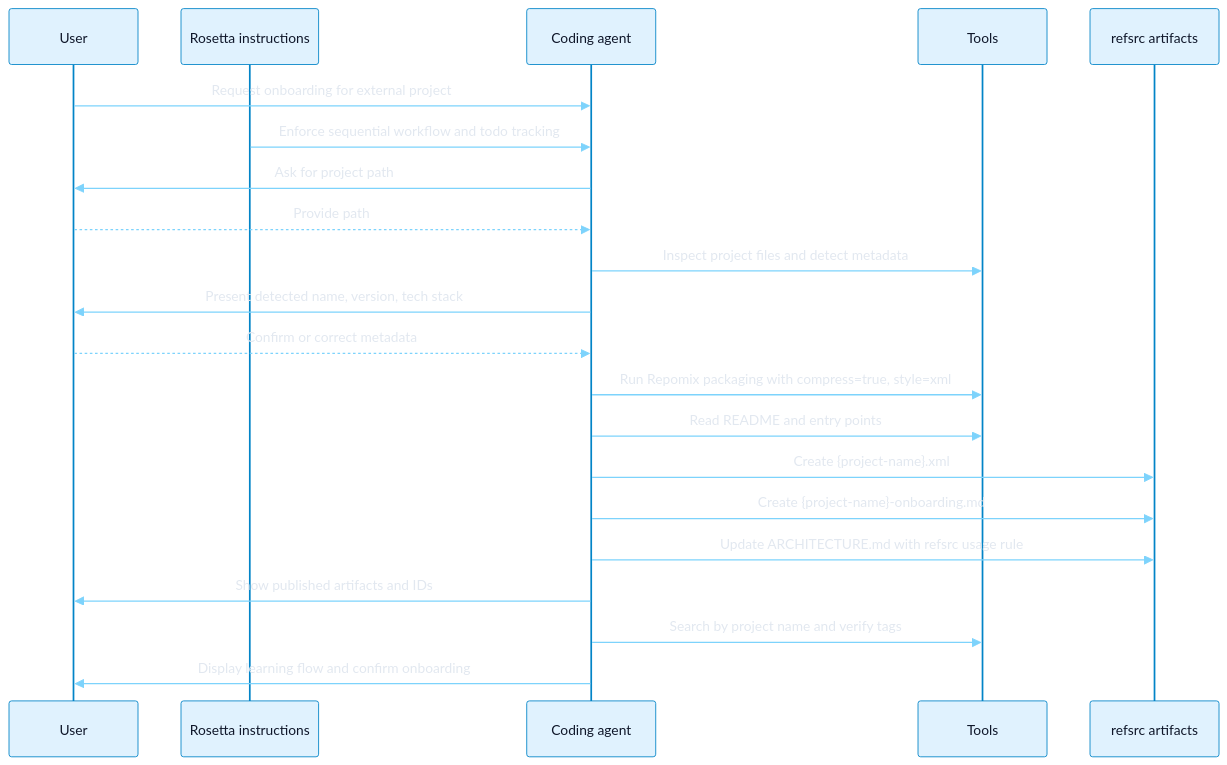
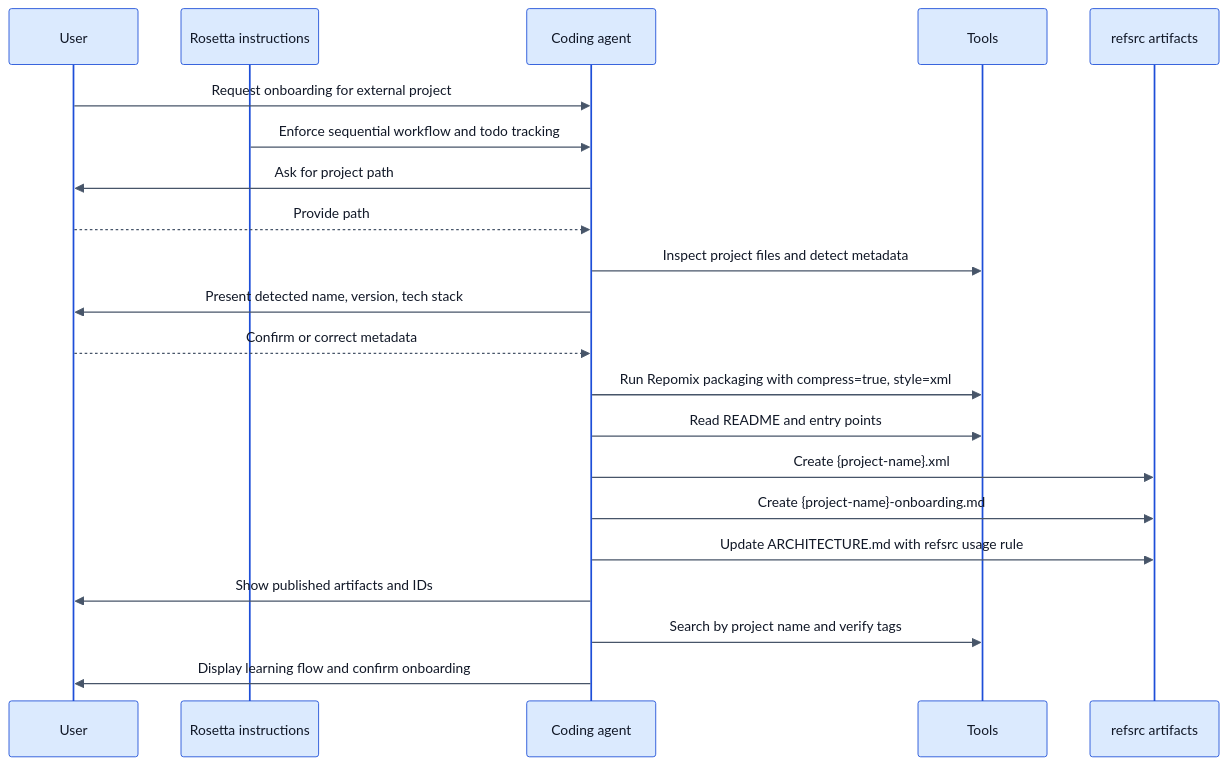
One commit to heywood8/rosetta changed the second of 2 diagrams in docs/web/docs/external-lib-flow.md. Above: the diagram before and after it, drawn with Mermaid. The commit also changed other lines of this file and 13 other files, not shown here.

````diff
--- a/docs/web/docs/external-lib-flow.md
+++ b/docs/web/docs/external-lib-flow.md
@@ -122,42 +124,43 @@
 ```mermaid
 %%{init: {'theme':'base','themeVariables':{
-  'background':'#0f172a',
-  'primaryColor':'#e0f2fe',
-  'primaryTextColor':'#0f172a',
-  'primaryBorderColor':'#0284c7',
-  'lineColor':'#7dd3fc',
-  'actorBorder':'#0284c7',
-  'actorBkg':'#e0f2fe',
-  'actorTextColor':'#0f172a',
-  'signalColor':'#7dd3fc',
-  'signalTextColor':'#e2e8f0',
-  'labelBoxBkgColor':'#dcfce7',
-  'labelBoxBorderColor':'#16a34a',
-  'labelTextColor':'#14532d',
-  'noteBkgColor':'#fef3c7',
-  'noteBorderColor':'#d97706',
-  'noteTextColor':'#78350f'
+'background':'#ffffff',
+'textColor':'#111827',
+'lineColor':'#475569',
+'actorBkg':'#dbeafe',
+'actorBorder':'#1d4ed8',
+'actorTextColor':'#111827',
+'signalColor':'#475569',
+'signalTextColor':'#111827',
+'labelBoxBkgColor':'#dcfce7',
+'labelBoxBorderColor':'#16a34a',
+'labelTextColor':'#14532d',
+'noteBkgColor':'#fef3c7',
+'noteBorderColor':'#d97706',
+'noteTextColor':'#78350f',
+'activationBkgColor':'#dbeafe',
+'activationBorderColor':'#1d4ed8',
+'fontFamily':'Fira Sans, sans-serif'
 }}}%%
 sequenceDiagram
   participant U as User
   participant R as Rosetta instructions
   participant A as Coding agent
   participant T as Tools
   participant F as refsrc artifacts
 
   U->>A: Request onboarding for external project
   R->>A: Enforce sequential workflow and todo tracking
   A->>U: Ask for project path
   U-->>A: Provide path
   A->>T: Inspect project files and detect metadata
   A->>U: Present detected name, version, tech stack
   U-->>A: Confirm or correct metadata
   A->>T: Run Repomix packaging with compress=true, style=xml
   A->>T: Read README and entry points
   A->>F: Create {project-name}.xml
   A->>F: Create {project-name}-onboarding.md
   A->>F: Update ARCHITECTURE.md with refsrc usage rule
   A->>U: Show published artifacts and IDs
   A->>T: Search by project name and verify tags
   A->>U: Display learning flow and confirm onboarding
 ```
````
